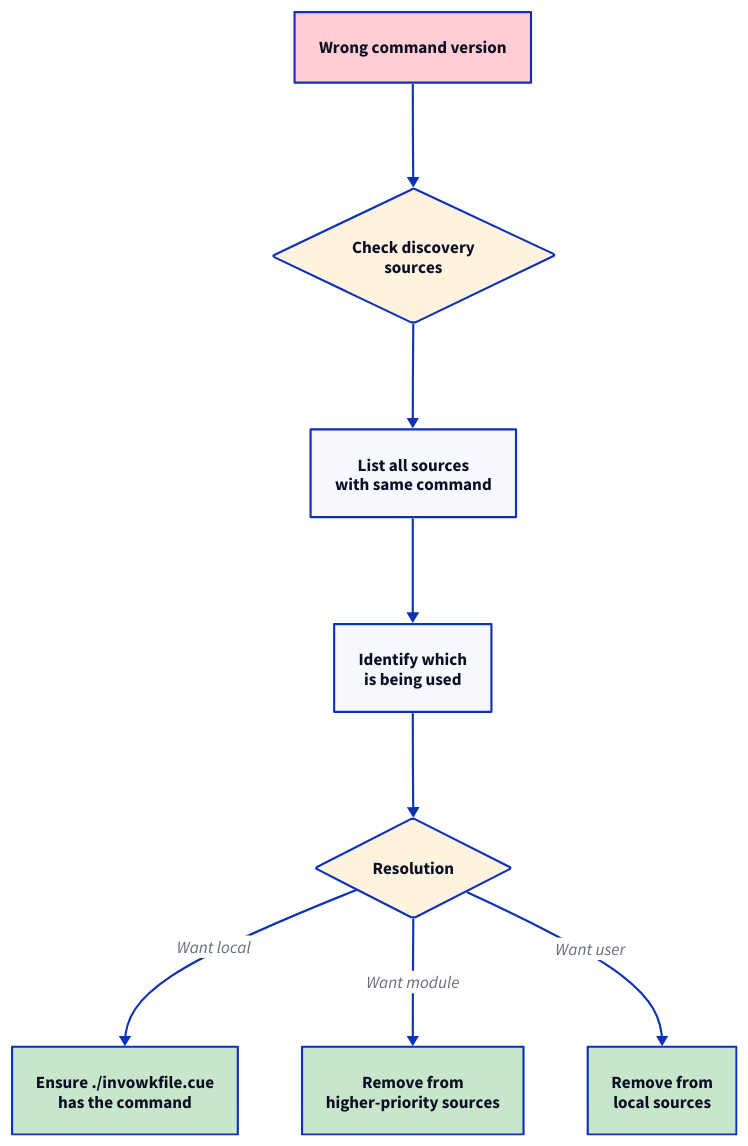
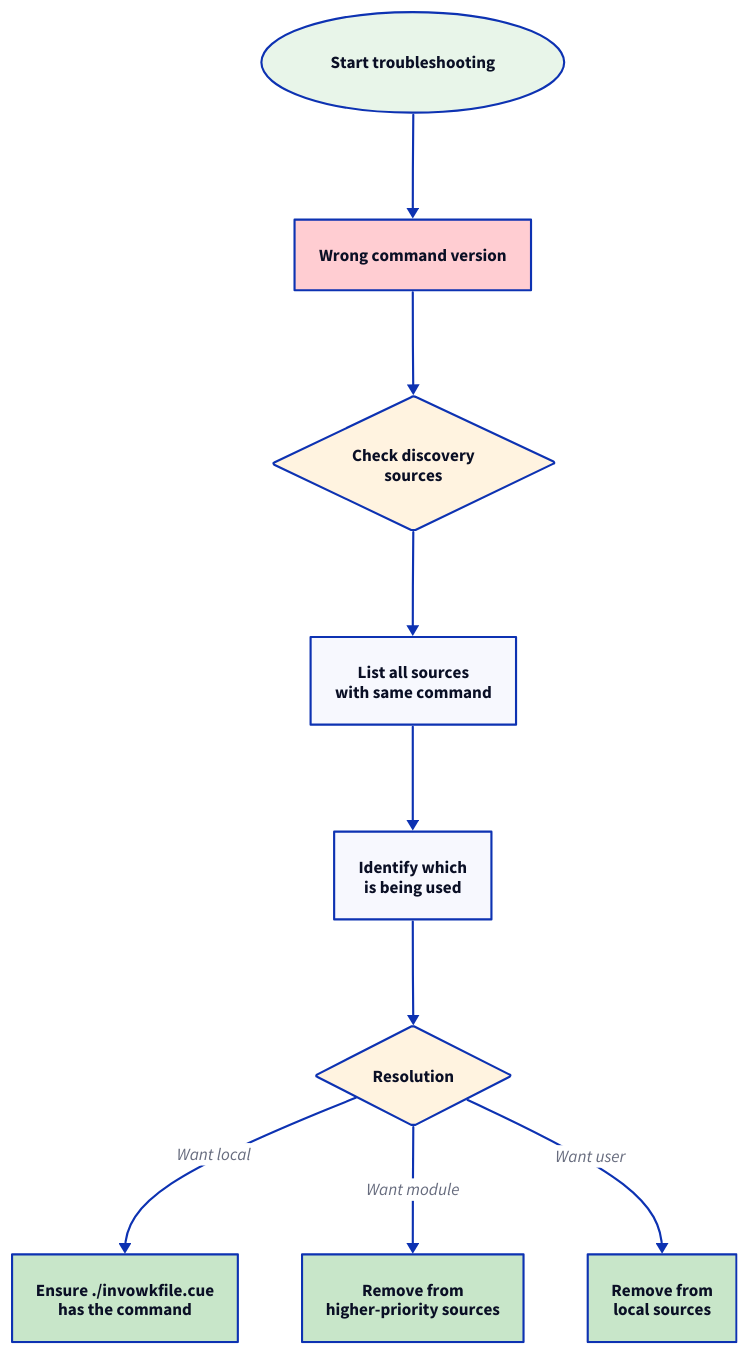
Before and after one commit to invowk/invowk: the diagram in docs/diagrams/flowcharts/discovery-wrong-version.d2, drawn with D2. The commit also changed 37 other files, not shown here. The source asks for the TALA layout; these drawings use dagre instead.

Commit message:
docs(diagrams): add readability guardrails and refresh d2 guidance (#63)

```diff
--- a/docs/diagrams/flowcharts/discovery-wrong-version.d2
+++ b/docs/diagrams/flowcharts/discovery-wrong-version.d2
@@ -1,52 +1,58 @@
 # Wrong Command Version Troubleshooting Flowchart
 #
 # Diagnostic flowchart for when the wrong version of a command
 # is being executed, guiding users to resolve priority conflicts.
 #
 # Source: docs/architecture/flowchart-discovery.md
 
 vars: {
   d2-config: {
     layout-engine: tala
   }
 }
 
 direction: down
+
+Start: Start troubleshooting {
+  shape: oval
+  style.fill: "#E8F5E9"
+}
 
 Wrong: Wrong command version {
   style.fill: "#FFCDD2"
 }
 
 CheckPriority: Check discovery\nsources {
   shape: diamond
   style.fill: "#FFF3E0"
 }
 
 ListSources: List all sources\nwith same command
 
 Identify: Identify which\nis being used
 
 Fix: Resolution {
   shape: diamond
   style.fill: "#FFF3E0"
 }
 
 Ensure1: Ensure ./invowkfile.cue\nhas the command {
   style.fill: "#C8E6C9"
 }
 
 Ensure2: Remove from\nhigher-priority sources {
   style.fill: "#C8E6C9"
 }
 
 Ensure3: Remove from\nlocal sources {
   style.fill: "#C8E6C9"
 }
 
+Start -> Wrong
 Wrong -> CheckPriority
 CheckPriority -> ListSources
 ListSources -> Identify
 Identify -> Fix
 Fix -> Ensure1: Want local
 Fix -> Ensure2: Want module
 Fix -> Ensure3: Want user
```
